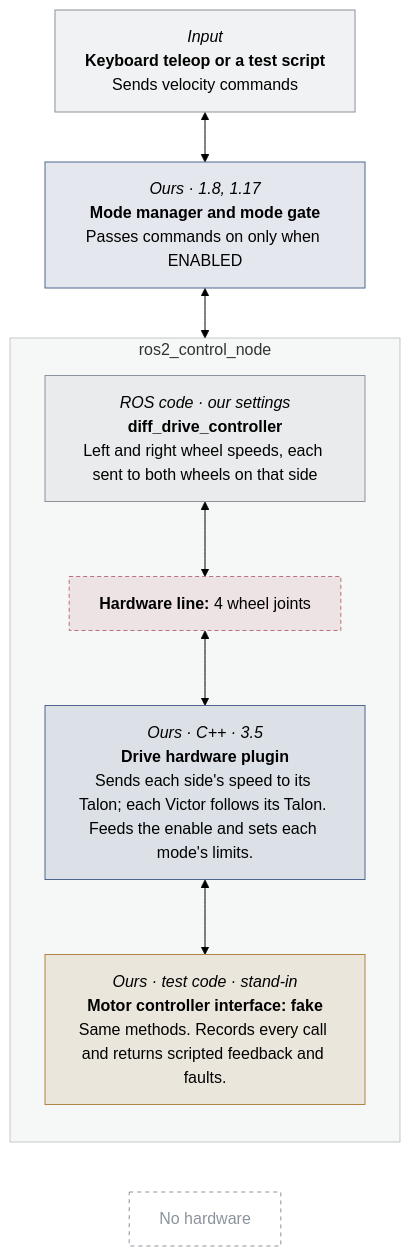
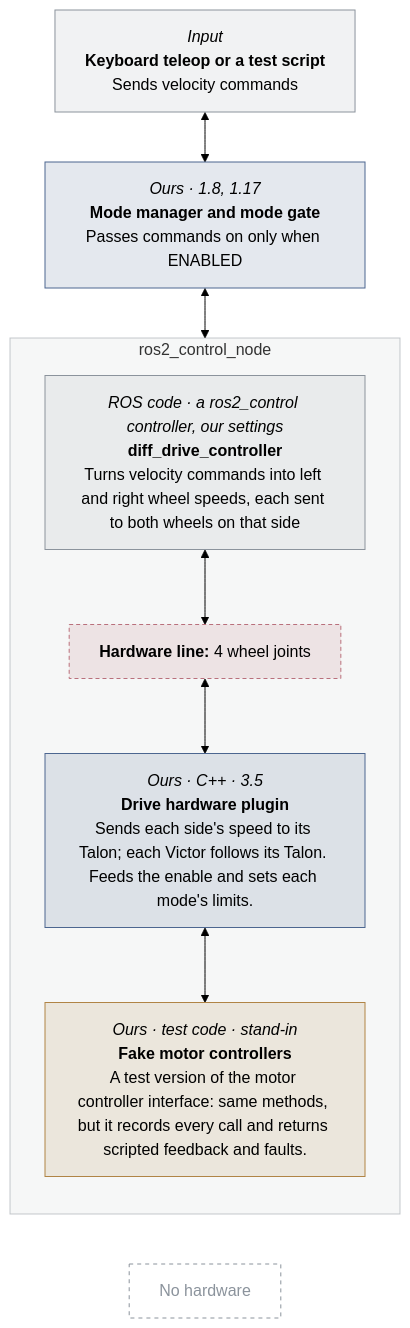
One commit to STAR-Robotics-Team/starrt-luna-software changed the second of 30 diagrams in docs/design/hardware-test-modes.md. Above: the diagram before and after it, drawn with Mermaid (forest theme). The commit also changed other lines of this file and 4 other files, not shown here.

First line of the commit message:
Say which controller, and tell stubs from fake motor controllers apart

````diff
--- a/docs/design/hardware-test-modes.md
+++ b/docs/design/hardware-test-modes.md
@@ -107,46 +114,46 @@
 ```mermaid
 ---
 config:
   flowchart:
     wrappingWidth: 260
 ---
 flowchart TB
   b1["`*Input*
 **Keyboard teleop or a test script**
 Sends velocity commands`"]
   b2["`*Ours · 1.8, 1.17*
 **Mode manager and mode gate**
 Passes commands on only when ENABLED`"]
   subgraph grp4["ros2_control_node"]
     direction TB
-    b3["`*ROS code · our settings*
+    b3["`*ROS code · a ros2_control controller, our settings*
 **diff_drive_controller**
-Left and right wheel speeds, each sent to both wheels on that side`"]
+Turns velocity commands into left and right wheel speeds, each sent to both wheels on that side`"]
     line5["`**Hardware line:** 4 wheel joints`"]
     b6["`*Ours · C++ · 3.5*
 **Drive hardware plugin**
 Sends each side's speed to its Talon; each Victor follows its Talon. Feeds the enable and sets each mode's limits.`"]
     b7["`*Ours · test code · stand-in*
-**Motor controller interface: fake**
-Same methods. Records every call and returns scripted feedback and faults.`"]
+**Fake motor controllers**
+A test version of the motor controller interface: same methods, but it records every call and returns scripted feedback and faults.`"]
     b3 <--> line5
     line5 <--> b6
     b6 <--> b7
   end
   none8["No hardware"]
   b1 <--> b2
   b2 <--> grp4
   grp4 ~~~ none8
   classDef ours fill:#4c669026,stroke:#4c6690
   classDef ros fill:#8b939c1f,stroke:#8b939c
   classDef stand fill:#b0844526,stroke:#b08445
   classDef hw fill:#4a725926,stroke:#4a7259
   classDef hwline fill:#b9707c26,stroke:#b9707c,stroke-dasharray:4 3
   classDef ghost fill:none,stroke:#8b939c,stroke-dasharray:4 4,color:#8b939c
   class b1,b3 ros
   class b2,b6 ours
   class line5 hwline
   class b7 stand
   class none8 ghost
   style grp4 fill:#8b939c14,stroke:#8b939c80
 ```
````
